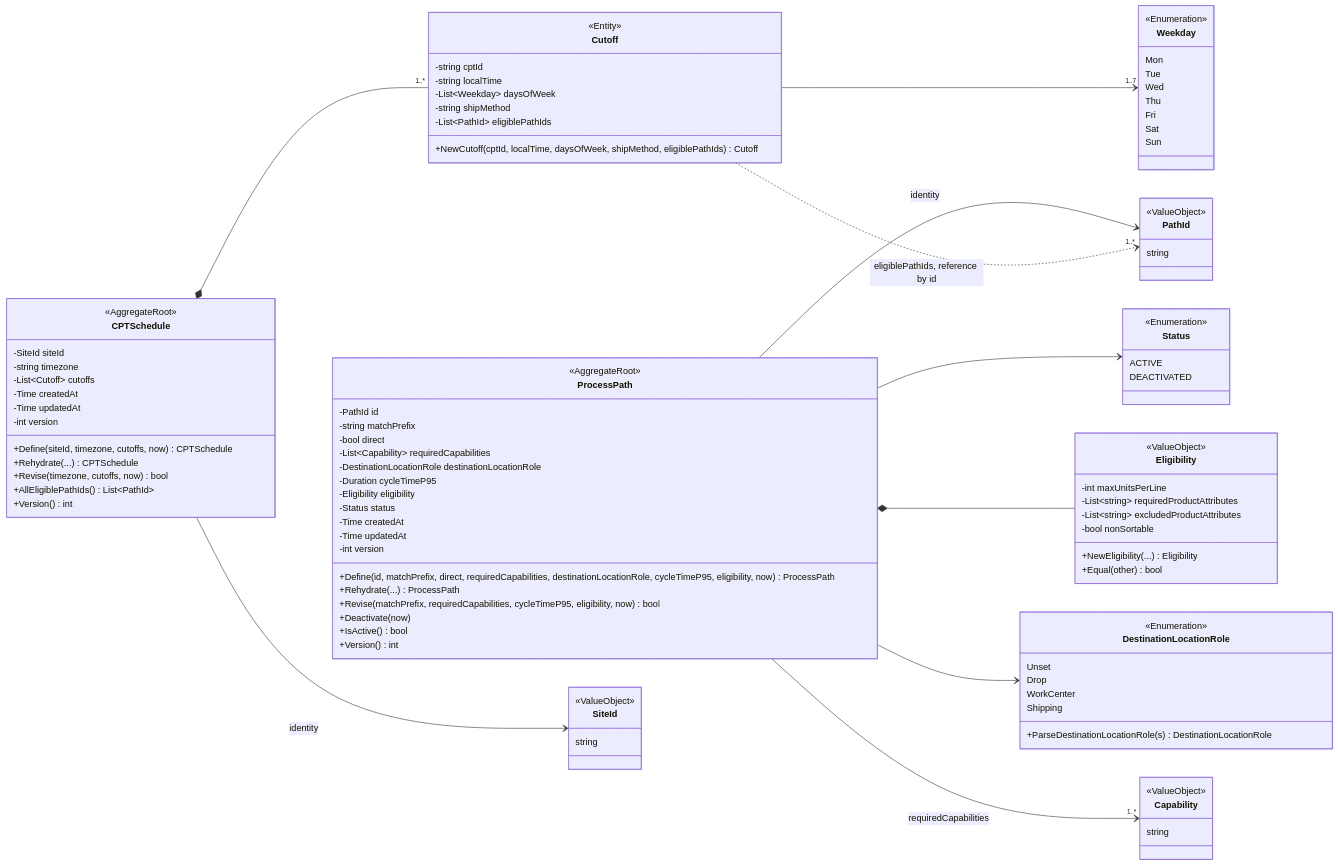
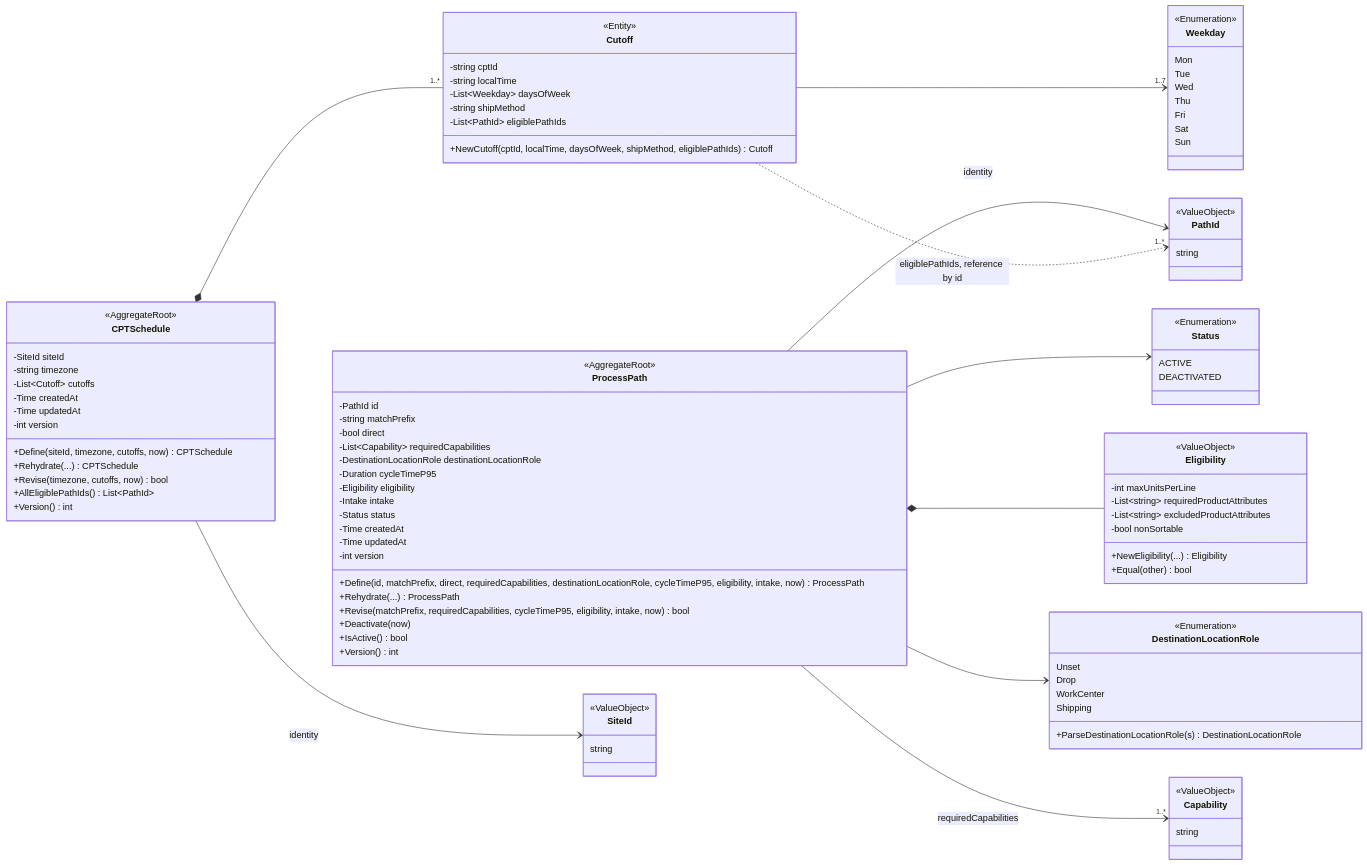
Before and after one commit to IQVO/warehouse-docs: the first of 3 diagrams in docs/contexts/process-path-management/class-diagram.md, drawn with Mermaid. The commit also changed other lines of this file and 331 other files, not shown here.

```diff
--- a/docs/contexts/process-path-management/class-diagram.md
+++ b/docs/contexts/process-path-management/class-diagram.md
@@ -32,13 +32,14 @@
         -DestinationLocationRole destinationLocationRole
         -Duration cycleTimeP95
         -Eligibility eligibility
+        -Intake intake
         -Status status
         -Time createdAt
         -Time updatedAt
         -int version
-        +Define(id, matchPrefix, direct, requiredCapabilities, destinationLocationRole, cycleTimeP95, eligibility, now) ProcessPath
+        +Define(id, matchPrefix, direct, requiredCapabilities, destinationLocationRole, cycleTimeP95, eligibility, intake, now) ProcessPath
         +Rehydrate(...) ProcessPath
-        +Revise(matchPrefix, requiredCapabilities, cycleTimeP95, eligibility, now) bool
+        +Revise(matchPrefix, requiredCapabilities, cycleTimeP95, eligibility, intake, now) bool
         +Deactivate(now)
         +IsActive() bool
         +Version() int
```
